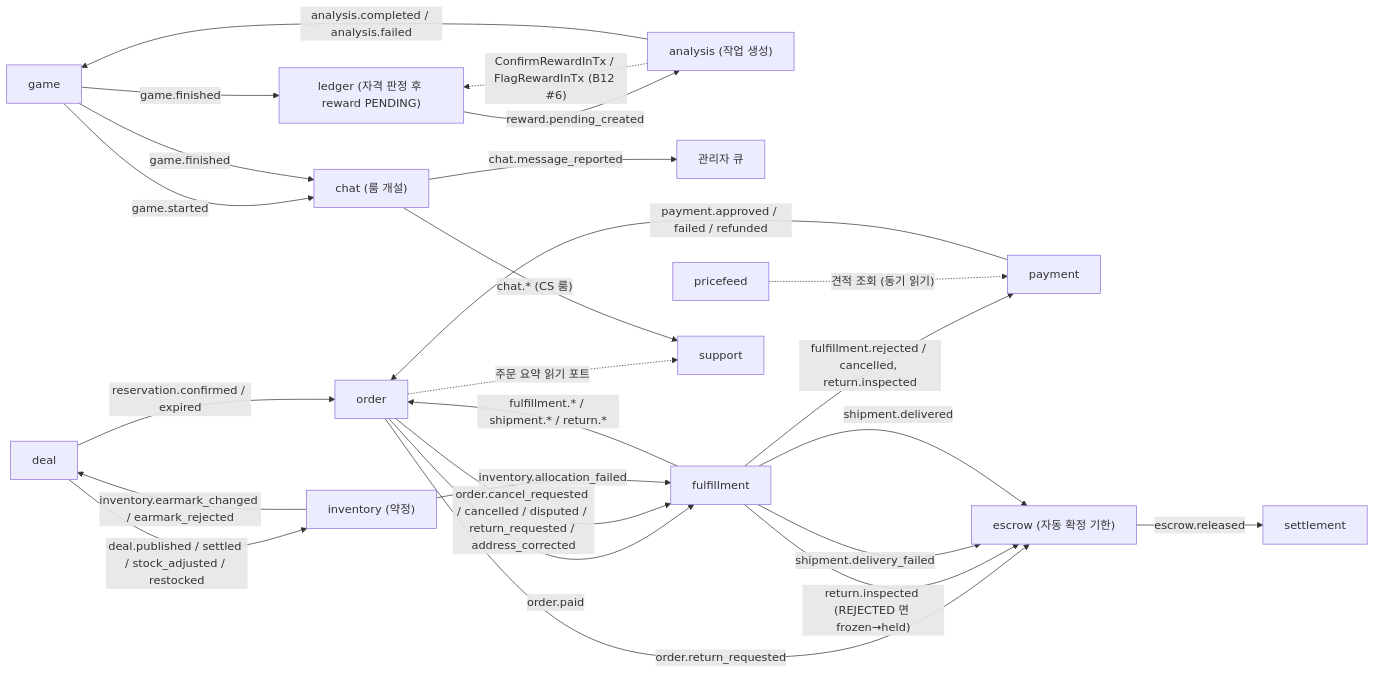
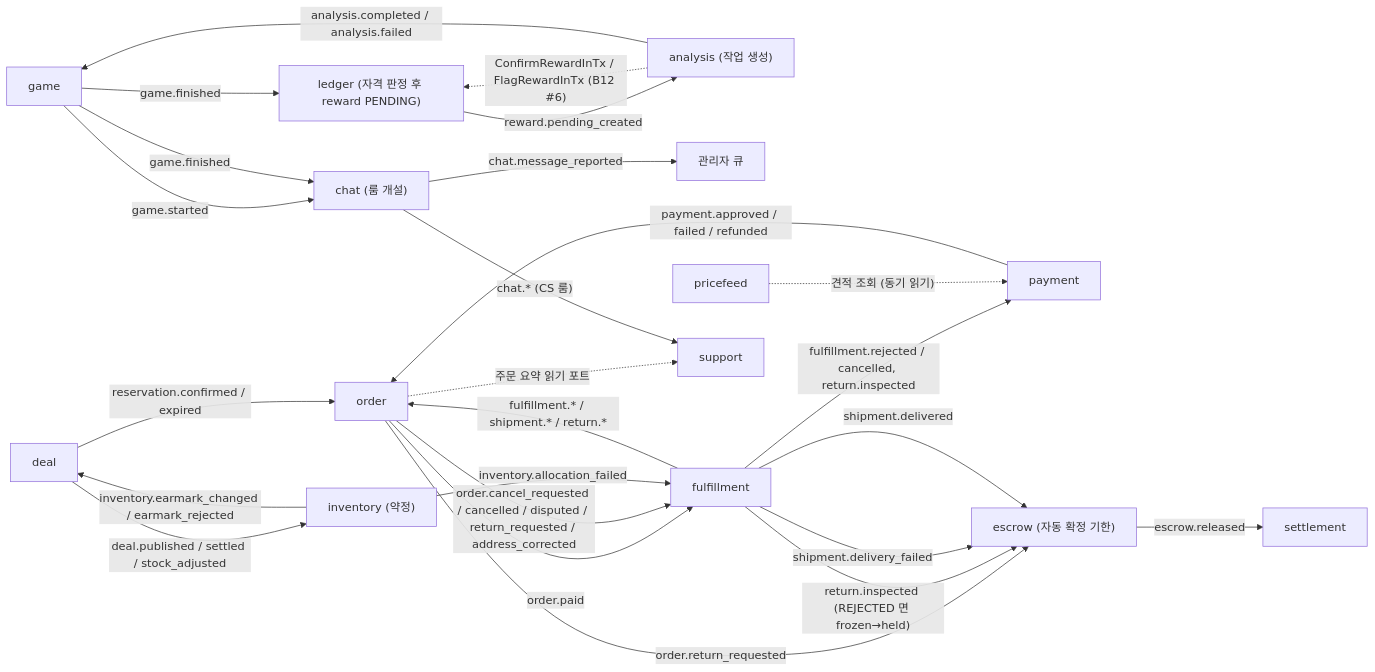
Diagram 11 of 11 in docs/design/phases/00-platform-evolution.md (1985jwlee/portpolio_backend), drawn with Mermaid before and after one commit. The commit also changed other lines of this file and 33 other files, not shown here.

````diff
--- a/docs/design/phases/00-platform-evolution.md
+++ b/docs/design/phases/00-platform-evolution.md
@@ -795,27 +798,27 @@
 ```mermaid
 flowchart LR
     GM["game"] -- "game.started" --> CH["chat (룸 개설)"]
     GM -- "game.finished" --> CH
     GM -- "game.finished" --> LG["ledger (자격 판정 후 reward PENDING)"]
     LG -- "reward.pending_created" --> AN["analysis (작업 생성)"]
     AN -. "ConfirmRewardInTx / FlagRewardInTx (B12 #6)" .-> LG
     AN -- "analysis.completed / analysis.failed" --> GM
     CH -- "chat.message_reported" --> ADM["관리자 큐"]
     DL["deal"] -- "reservation.confirmed / expired" --> OR["order"]
-    DL -- "deal.published / settled / stock_adjusted / restocked" --> IV["inventory (약정)"]
+    DL -- "deal.published / settled / stock_adjusted" --> IV["inventory (약정)"]
     IV -- "inventory.earmark_changed / earmark_rejected" --> DL
     PM["payment"] -- "payment.approved / failed / refunded" --> OR
     OR -- "order.paid" --> FF["fulfillment"]
     OR -- "order.cancel_requested / cancelled / disputed / return_requested / address_corrected" --> FF
     OR -- "order.return_requested" --> ES
     FF -- "return.inspected (REJECTED 면 frozen→held)" --> ES
     FF -- "shipment.delivery_failed" --> ES
     FF -- "fulfillment.rejected / cancelled, return.inspected" --> PM
     FF -- "fulfillment.* / shipment.* / return.*" --> OR
     FF -- "shipment.delivered" --> ES["escrow (자동 확정 기한)"]
     ES -- "escrow.released" --> ST["settlement"]
     PF["pricefeed"] -. "견적 조회 (동기 읽기)" .-> PM
     IV -- "inventory.allocation_failed" --> FF
     OR -. "주문 요약 읽기 포트" .-> SP["support"]
     CH -- "chat.* (CS 룸)" --> SP
 ```
````
